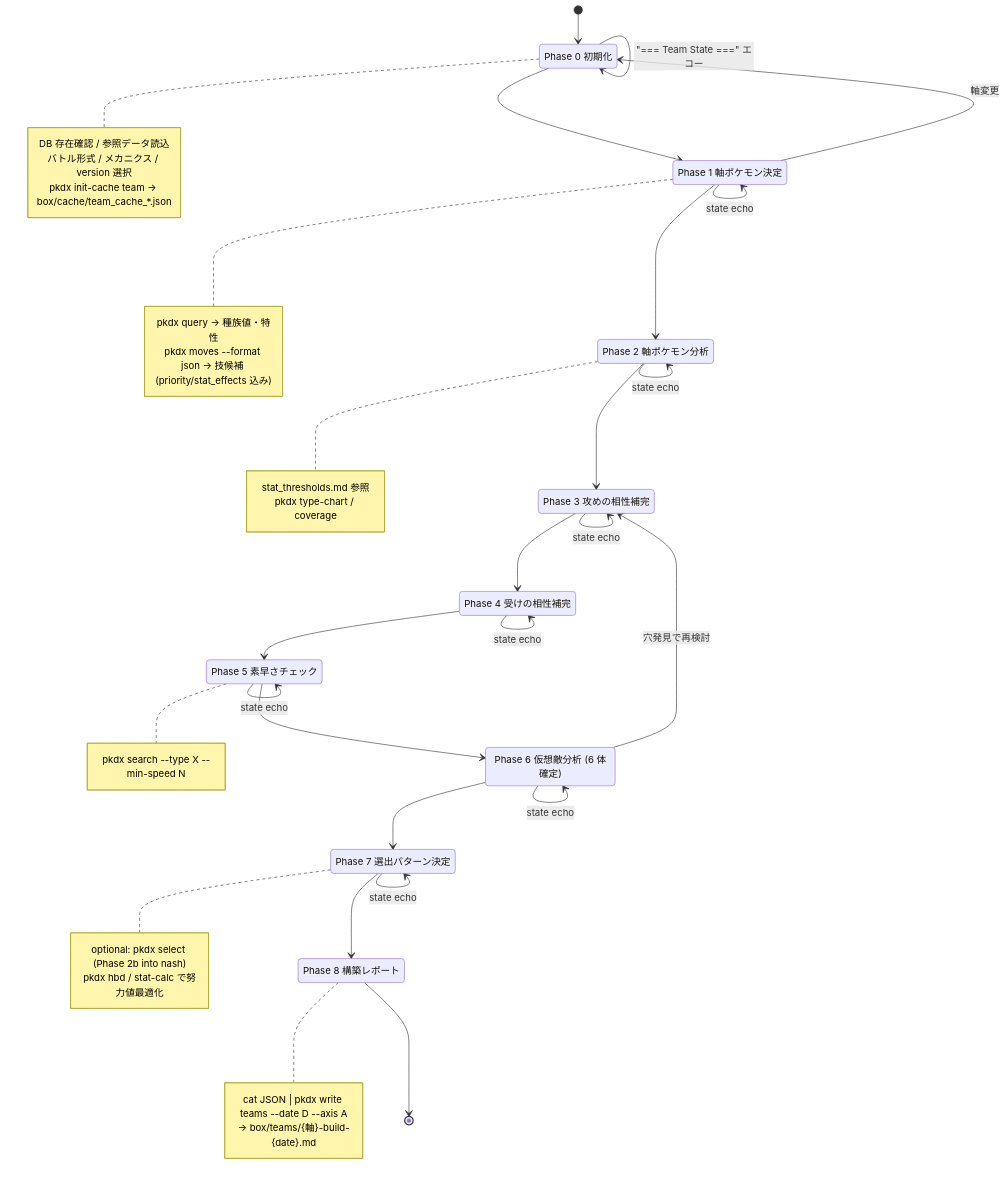
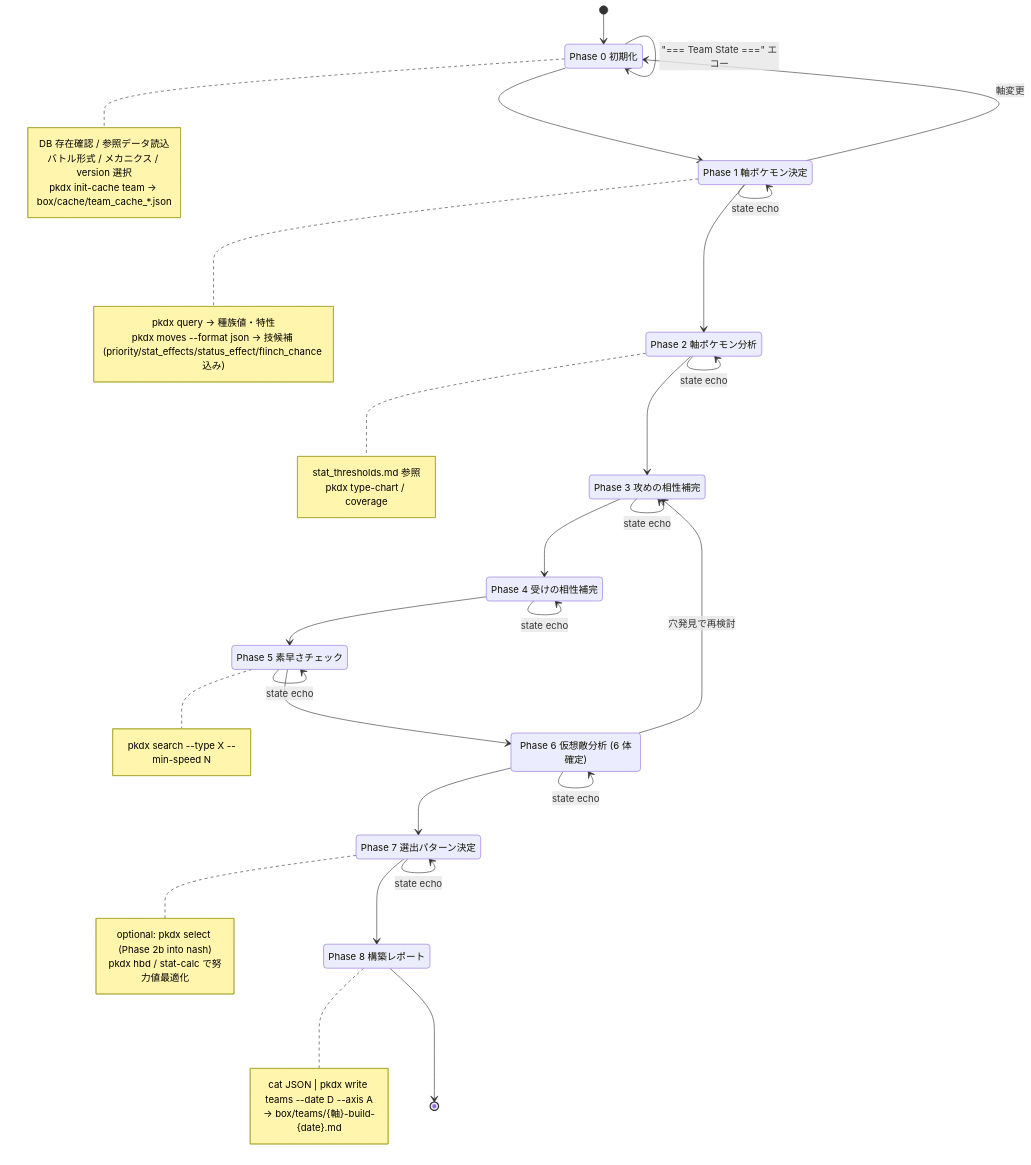
One commit to pkdxtools/pkdx changed the second of 9 diagrams in .claude/architecture.md. Above: the diagram before and after it, drawn with Mermaid. The commit also changed other lines of this file and 10 other files, not shown here.

First line of the commit message:
feat(cli): pkdx moves の JSON に status_effect / flinch_chance を出力し select に届ける (#211)

````diff
--- a/.claude/architecture.md
+++ b/.claude/architecture.md
@@ -52,67 +52,67 @@
 ```mermaid
 stateDiagram-v2
   [*] --> P0
 
   P0: Phase 0 初期化
   note right of P0
     DB 存在確認 / 参照データ読込
     バトル形式 / メカニクス / version 選択
     pkdx init-cache team → box/cache/team_cache_*.json
   end note
 
   P0 --> P1
 
   P1: Phase 1 軸ポケモン決定
   note right of P1
     pkdx query → 種族値・特性
-    pkdx moves --format json → 技候補 (priority/stat_effects 込み)
+    pkdx moves --format json → 技候補 (priority/stat_effects/status_effect/flinch_chance 込み)
   end note
 
   P1 --> P2
 
   P2: Phase 2 軸ポケモン分析
   note right of P2
     stat_thresholds.md 参照
     pkdx type-chart / coverage
   end note
 
   P2 --> P3
   P3: Phase 3 攻めの相性補完
   P3 --> P4
   P4: Phase 4 受けの相性補完
   P4 --> P5
   P5: Phase 5 素早さチェック
   note right of P5
     pkdx search --type X --min-speed N
   end note
 
   P5 --> P6
   P6: Phase 6 仮想敵分析 (6 体確定)
   P6 --> P7
   P7: Phase 7 選出パターン決定
   note right of P7
     optional: pkdx select (Phase 2b into nash)
     pkdx hbd / stat-calc で努力値最適化
   end note
 
   P7 --> P8
   P8: Phase 8 構築レポート
   note right of P8
     cat JSON | pkdx write teams --date D --axis A
     → box/teams/{軸}-build-{date}.md
   end note
 
   P8 --> [*]
 
   P0 --> P0: "=== Team State ===" エコー
   P1 --> P1: state echo
   P2 --> P2: state echo
   P3 --> P3: state echo
   P4 --> P4: state echo
   P5 --> P5: state echo
   P6 --> P6: state echo
   P7 --> P7: state echo
 
   P1 --> P0: 軸変更
   P6 --> P3: 穴発見で再検討
 ```
````
